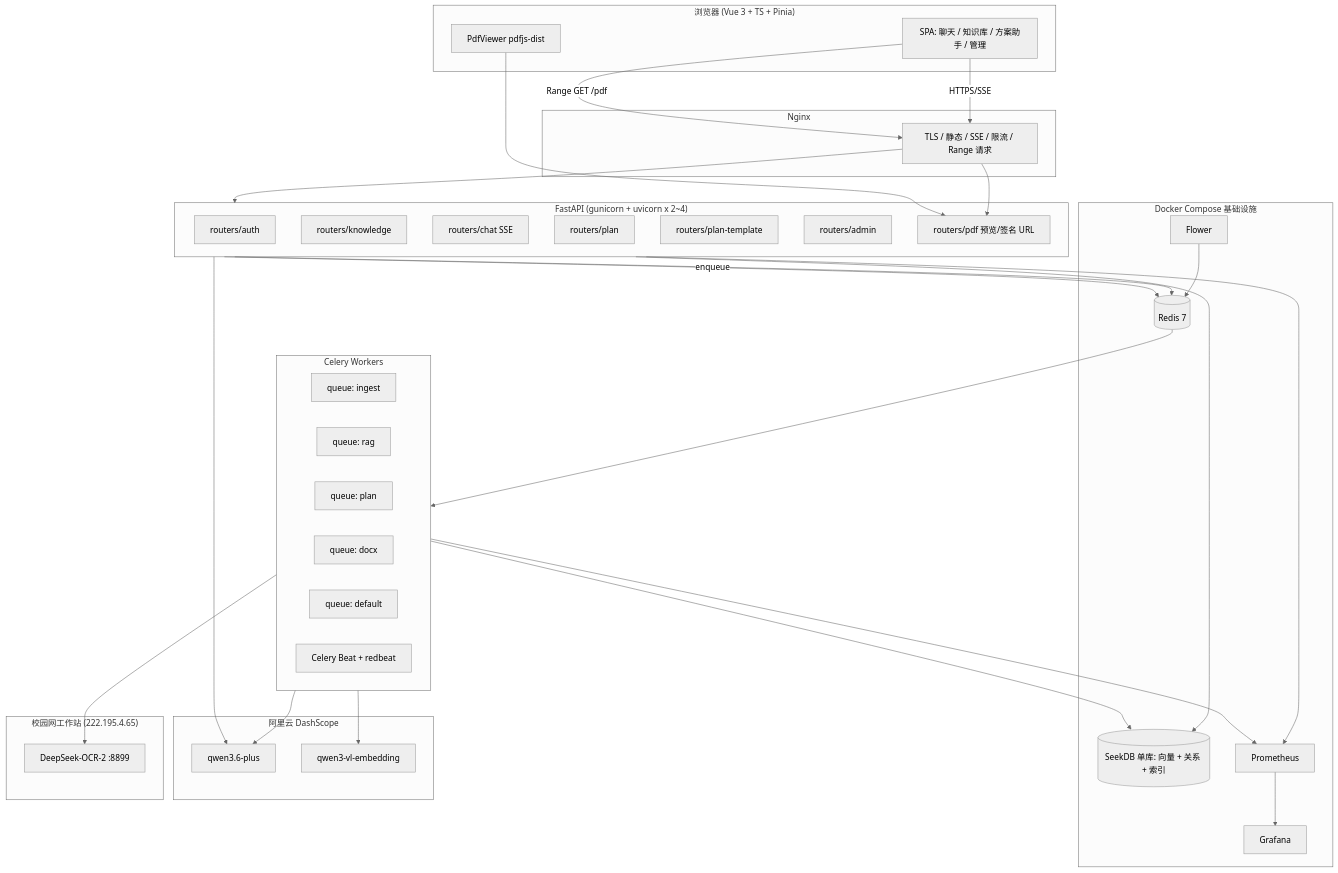
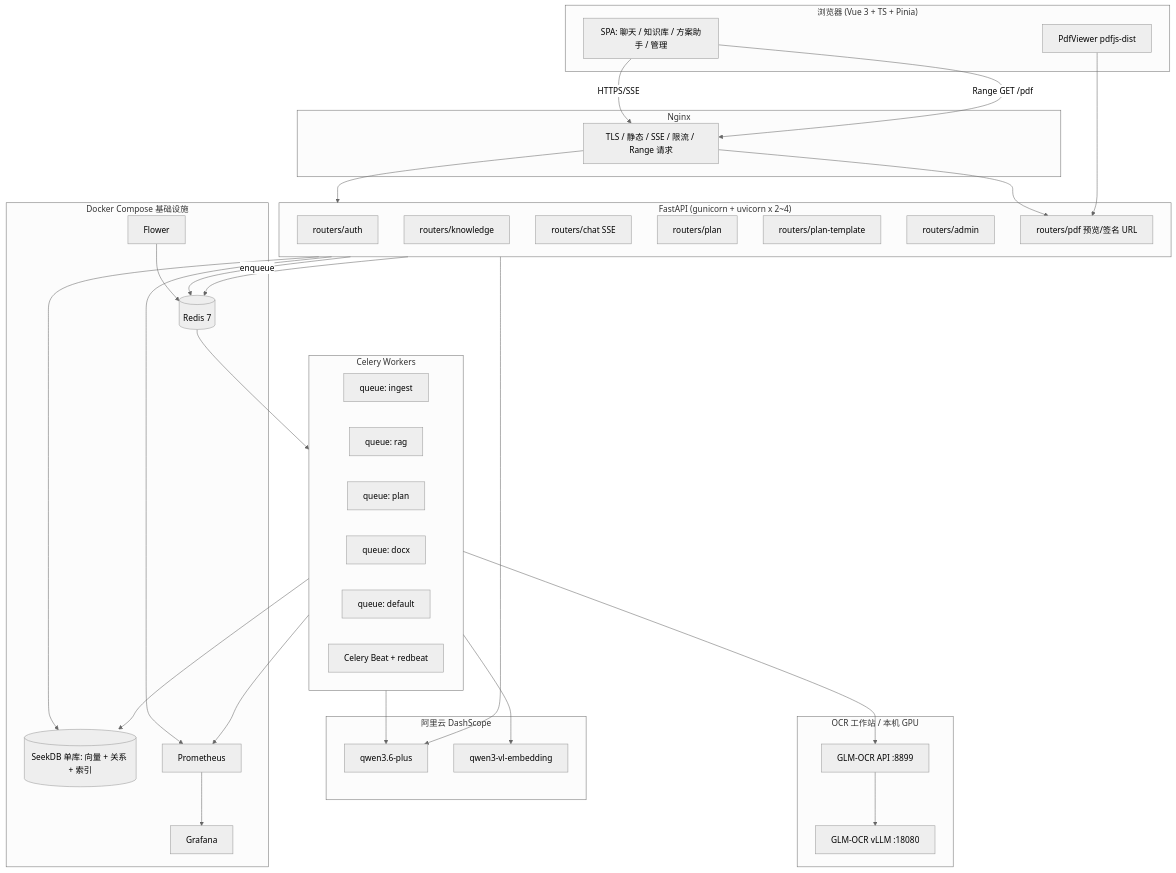
Before and after one commit to vimself/ZhongMeiRagProject2.0: the diagram in docs/ultimate-refactor.md, drawn with Mermaid (neutral theme). The commit also changed other lines of this file and 69 other files, not shown here.

````diff
--- a/docs/ultimate-refactor.md
+++ b/docs/ultimate-refactor.md
@@ -118,64 +118,66 @@
 ```mermaid
 graph TB
     subgraph Browser["浏览器 (Vue 3 + TS + Pinia)"]
         UI[SPA: 聊天 / 知识库 / 方案助手 / 管理]
         PDFV[PdfViewer pdfjs-dist]
     end
 
     subgraph Edge["Nginx"]
         NG[TLS / 静态 / SSE / 限流 / Range 请求]
     end
 
     subgraph API["FastAPI (gunicorn + uvicorn x 2~4)"]
         R1[routers/auth]
         R2[routers/knowledge]
         R3[routers/chat SSE]
         R4[routers/plan]
         R5[routers/plan-template]
         R6[routers/admin]
         R7[routers/pdf 预览/签名 URL]
     end
 
     subgraph Workers["Celery Workers"]
         W1[queue: ingest]
         W2[queue: rag]
         W3[queue: plan]
         W4[queue: docx]
         W5[queue: default]
         BEAT[Celery Beat + redbeat]
     end
 
     subgraph Infra["Docker Compose 基础设施"]
         REDIS[(Redis 7)]
         SEEK[(SeekDB 单库: 向量 + 关系 + 索引)]
         PROM[Prometheus]
         GRAF[Grafana]
         FLOW[Flower]
     end
 
     subgraph Cloud["阿里云 DashScope"]
         LLM[qwen3.6-plus]
         EMB[qwen3-vl-embedding]
     end
 
-    subgraph Campus["校园网工作站 (222.195.4.65)"]
-        OCR[DeepSeek-OCR-2 :8899]
+    subgraph OcrHost["OCR 工作站 / 本机 GPU"]
+        OCR[GLM-OCR API :8899]
+        VLLM[GLM-OCR vLLM :18080]
     end
 
     UI -->|HTTPS/SSE| NG --> API
     UI -->|Range GET /pdf| NG --> R7
     PDFV --> R7
     API -->|enqueue| REDIS
     REDIS --> Workers
     API --> SEEK
     Workers --> SEEK
     Workers --> OCR
+    OCR --> VLLM
     Workers --> EMB
     Workers --> LLM
     API --> LLM
     API --> REDIS
     API --> PROM
     Workers --> PROM
     PROM --> GRAF
     FLOW --> REDIS
 ```
````
